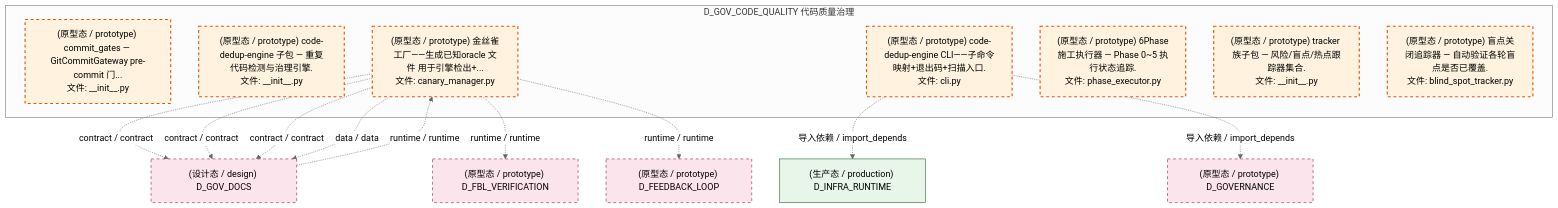
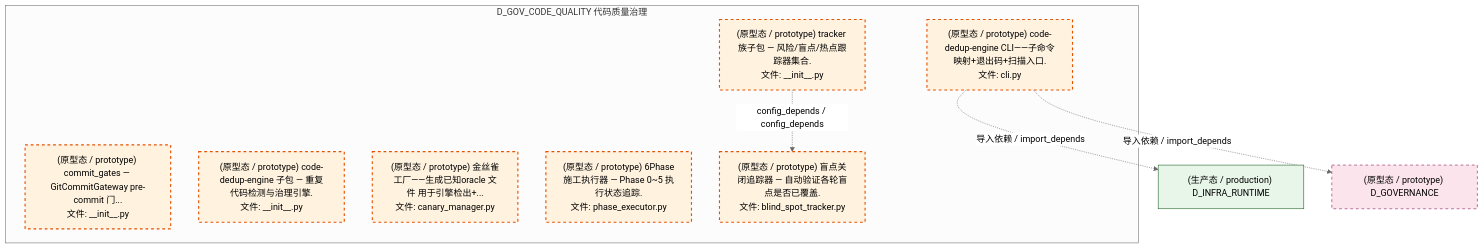
Before and after one commit to xuanFelixVan/ZephyrAlpha: the sixth of 7 diagrams in docs/02_enterprise_architecture/02_domain_architecture_docs/14_d_gov_code_quality.md, drawn with Mermaid (neutral theme). The commit also changed other lines of this file and 112 other files, not shown here.

````diff
--- a/docs/02_enterprise_architecture/02_domain_architecture_docs/14_d_gov_code_quality.md
+++ b/docs/02_enterprise_architecture/02_domain_architecture_docs/14_d_gov_code_quality.md
@@ -630,33 +630,24 @@
 ```mermaid
 graph TD
     subgraph D_GOV_CODE_QUALITY["D_GOV_CODE_QUALITY 代码质量治理"]
         src_zephyr_gov_enforcement_commit_gates_init_py["(原型态 / prototype) commit_gates — GitCommitGateway pre-commit 门...<br/>文件: __init__.py"]
         src_zephyr_governance_code_dedup_init_py["(原型态 / prototype) code-dedup-engine 子包 — 重复代码检测与治理引擎.<br/>文件: __init__.py"]
         src_zephyr_governance_code_dedup_canary_manager_py["(原型态 / prototype) 金丝雀工厂——生成已知oracle 文件 用于引擎检出+...<br/>文件: canary_manager.py"]
         src_zephyr_governance_code_dedup_cli_py["(原型态 / prototype) code-dedup-engine CLI——子命令映射+退出码+扫描入口.<br/>文件: cli.py"]
         src_zephyr_governance_code_dedup_phase_executor_py["(原型态 / prototype) 6Phase施工执行器 — Phase 0~5 执行状态追踪.<br/>文件: phase_executor.py"]
         src_zephyr_governance_code_dedup_trackers_init_py["(原型态 / prototype) tracker 族子包 — 风险/盲点/热点跟踪器集合.<br/>文件: __init__.py"]
         src_zephyr_governance_code_dedup_trackers_blind_spot_tracker_py["(原型态 / prototype) 盲点关闭追踪器 — 自动验证各轮盲点是否已覆盖.<br/>文件: blind_spot_tracker.py"]
     end
-    D_GOV_DOCS["(设计态 / design) D_GOV_DOCS"]
-    src_zephyr_governance_code_dedup_canary_manager_py -.->|contract / contract| D_GOV_DOCS
-    D_FBL_VERIFICATION["(原型态 / prototype) D_FBL_VERIFICATION"]
-    src_zephyr_governance_code_dedup_canary_manager_py -.->|runtime / runtime| D_FBL_VERIFICATION
-    src_zephyr_governance_code_dedup_canary_manager_py -.->|contract / contract| D_GOV_DOCS
-    D_FEEDBACK_LOOP["(原型态 / prototype) D_FEEDBACK_LOOP"]
-    src_zephyr_governance_code_dedup_canary_manager_py -.->|runtime / runtime| D_FEEDBACK_LOOP
-    src_zephyr_governance_code_dedup_canary_manager_py -.->|contract / contract| D_GOV_DOCS
-    src_zephyr_governance_code_dedup_canary_manager_py -.->|data / data| D_GOV_DOCS
+    src_zephyr_governance_code_dedup_trackers_init_py -.->|config_depends / config_depends| src_zephyr_governance_code_dedup_trackers_blind_spot_tracker_py
     D_INFRA_RUNTIME["(生产态 / production) D_INFRA_RUNTIME"]
     src_zephyr_governance_code_dedup_cli_py -.->|导入依赖 / import_depends| D_INFRA_RUNTIME
     D_GOVERNANCE["(原型态 / prototype) D_GOVERNANCE"]
     src_zephyr_governance_code_dedup_cli_py -.->|导入依赖 / import_depends| D_GOVERNANCE
-    D_GOV_DOCS -.->|runtime / runtime| src_zephyr_governance_code_dedup_canary_manager_py
     classDef production fill:#e1f5fe,stroke:#01579b,stroke-width:2px,color:#000
     classDef design fill:#fff3e0,stroke:#e65100,stroke-width:2px,color:#000,stroke-dasharray: 5 5
     classDef external_prod fill:#e8f5e9,stroke:#1b5e20,stroke-width:1px,color:#000
     classDef external_design fill:#fce4ec,stroke:#880e4f,stroke-width:1px,color:#000,stroke-dasharray: 5 5
     class src_zephyr_gov_enforcement_commit_gates_init_py,src_zephyr_governance_code_dedup_init_py,src_zephyr_governance_code_dedup_canary_manager_py,src_zephyr_governance_code_dedup_cli_py,src_zephyr_governance_code_dedup_phase_executor_py,src_zephyr_governance_code_dedup_trackers_init_py,src_zephyr_governance_code_dedup_trackers_blind_spot_tracker_py design
     class D_INFRA_RUNTIME external_prod
-    class D_GOV_DOCS,D_FBL_VERIFICATION,D_FEEDBACK_LOOP,D_GOVERNANCE external_design
+    class D_GOVERNANCE external_design
 ```
````
